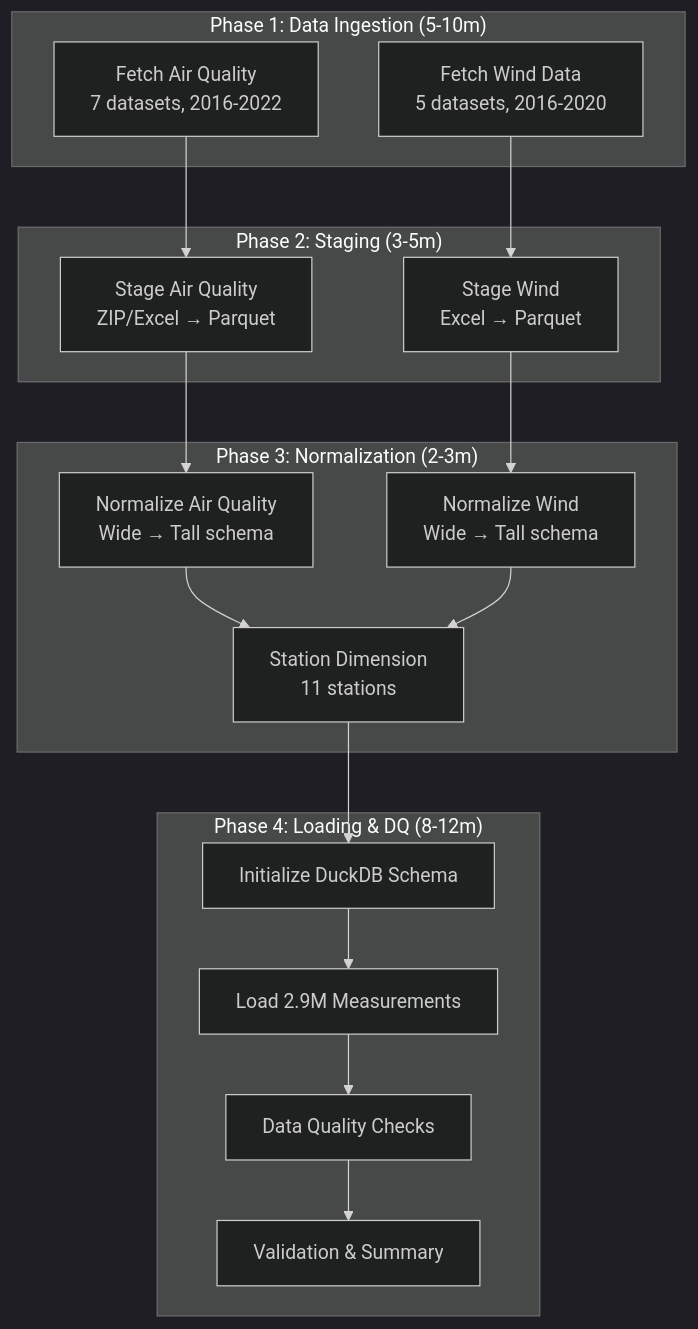
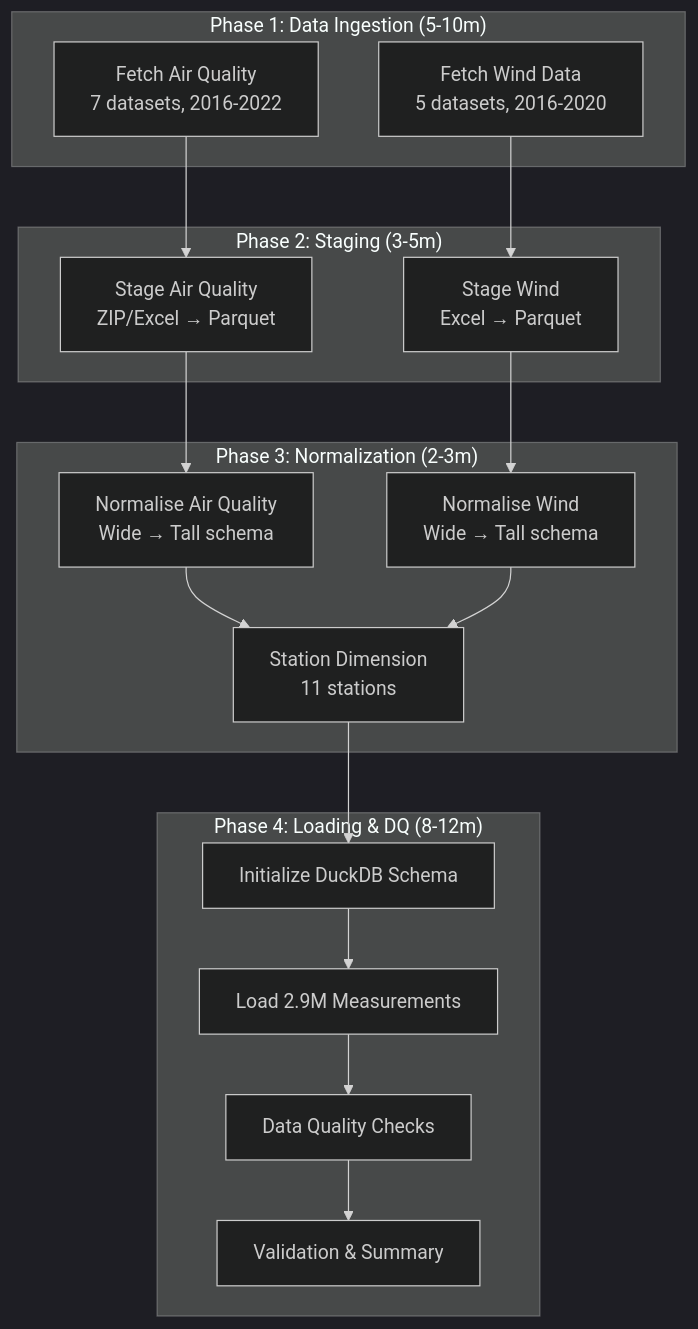
One commit to WazirRohiman/cct-sensors-batch-pipeline changed the first of 10 diagrams in docs/PIPELINE_VISUAL_GUIDE.md. Above: the diagram before and after it, drawn with Mermaid (dark theme). The commit also changed other lines of this file and 8 other files, not shown here.

````diff
--- a/docs/PIPELINE_VISUAL_GUIDE.md
+++ b/docs/PIPELINE_VISUAL_GUIDE.md
@@ -11,36 +11,36 @@
 ```mermaid
 graph TB
     subgraph "Phase 1: Data Ingestion (5-10m)"
         A1[Fetch Air Quality<br/>7 datasets, 2016-2022]
         A2[Fetch Wind Data<br/>5 datasets, 2016-2020]
     end
 
     subgraph "Phase 2: Staging (3-5m)"
         B1[Stage Air Quality<br/>ZIP/Excel → Parquet]
         B2[Stage Wind<br/>Excel → Parquet]
     end
 
     subgraph "Phase 3: Normalization (2-3m)"
-        C1[Normalize Air Quality<br/>Wide → Tall schema]
-        C2[Normalize Wind<br/>Wide → Tall schema]
+        C1[Normalise Air Quality<br/>Wide → Tall schema]
+        C2[Normalise Wind<br/>Wide → Tall schema]
         C3[Station Dimension<br/>11 stations]
     end
 
     subgraph "Phase 4: Loading & DQ (8-12m)"
         D1[Initialize DuckDB Schema]
         D2[Load 2.9M Measurements]
         D3[Data Quality Checks]
         D4[Validation & Summary]
     end
 
     A1 --> B1
     A2 --> B2
     B1 --> C1
     B2 --> C2
     C1 --> C3
     C2 --> C3
     C3 --> D1
     D1 --> D2
     D2 --> D3
     D3 --> D4
 ```
````
